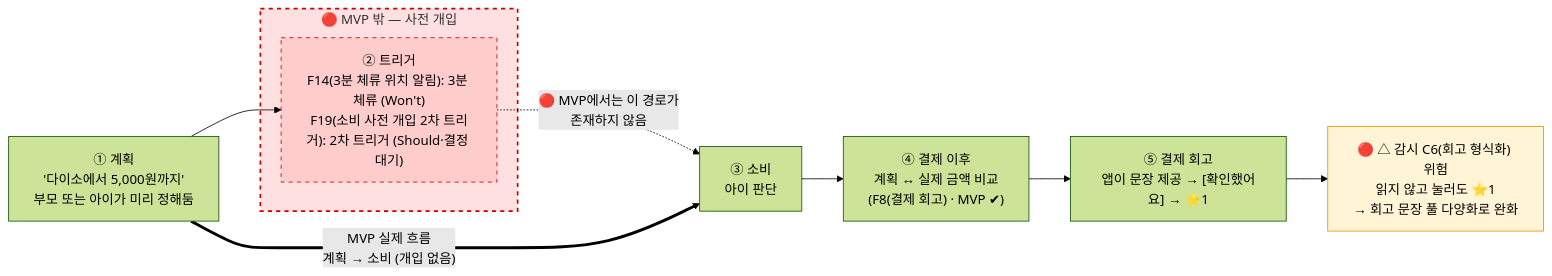
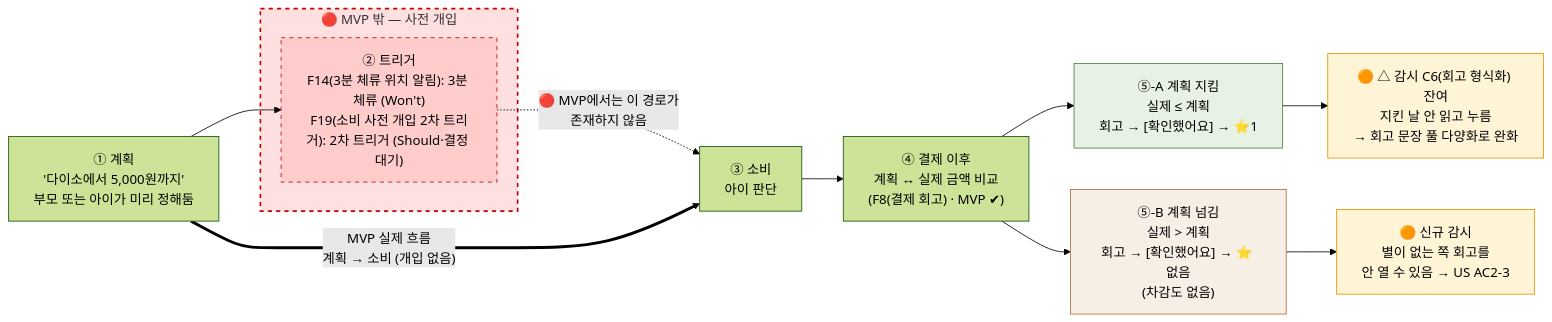
The fifth of 5 diagrams in 공용공간/9. PRD/PRD_핀프렌즈_v0_2.md (scene-one/team1_fin-friends), drawn with Mermaid (forest theme) before and after one commit. The commit also changed other lines of this file and 8 other files, not shown here.

````diff
--- a/공용공간/9. PRD/PRD_핀프렌즈_v0_2.md
+++ b/공용공간/9. PRD/PRD_핀프렌즈_v0_2.md
@@ -910,19 +913,24 @@
 ```mermaid
 flowchart LR
     S1["① 계획<br/>'다이소에서 5,000원까지'<br/>부모 또는 아이가 미리 정해둠"] --> S2
 
     subgraph GAP["🔴 MVP 밖 — 사전 개입"]
         S2["② 트리거<br/>F14(3분 체류 위치 알림): 3분 체류 (Won't)<br/>F19(소비 사전 개입 2차 트리거): 2차 트리거 (Should·결정 대기)"]
     end
 
     S2 -.->|"🔴 MVP에서는 이 경로가<br/>존재하지 않음"| S3
     S1 ==>|"MVP 실제 흐름<br/>계획 → 소비 (개입 없음)"| S3
 
     S3["③ 소비<br/>아이 판단"] --> S4["④ 결제 이후<br/>계획 ↔ 실제 금액 비교<br/>(F8(결제 회고) · MVP ✔)"]
-    S4 --> S5["⑤ 결제 회고<br/>앱이 문장 제공 → [확인했어요] → ⭐1"]
-    S5 --> RISK["🔴 △ 감시 C6(회고 형식화) 위험<br/>읽지 않고 눌러도 ⭐1<br/>→ 회고 문장 풀 다양화로 완화"]
+    S4 --> S5A["⑤-A 계획 지킴<br/>실제 ≤ 계획<br/>회고 → [확인했어요] → ⭐1"]
+    S4 --> S5B["⑤-B 계획 넘김<br/>실제 > 계획<br/>회고 → [확인했어요] → ⭐ 없음<br/>(차감도 없음)"]
+    S5A --> RISK["🟠 △ 감시 C6(회고 형식화) 잔여<br/>지킨 날 안 읽고 누름<br/>→ 회고 문장 풀 다양화로 완화"]
+    S5B --> RISK2["🟠 신규 감시<br/>별이 없는 쪽 회고를<br/>안 열 수 있음 → US AC2-3"]
 
     style GAP fill:#ffe0e0,stroke:#c00,stroke-width:2px,stroke-dasharray: 5 5
     style S2 fill:#ffcccc,stroke:#c00,stroke-dasharray: 5 5
     style RISK fill:#fff4d6,stroke:#e69500
+    style RISK2 fill:#fff4d6,stroke:#e69500
+    style S5A fill:#e8f2e4,stroke:#4F7A4A
+    style S5B fill:#f7eee6,stroke:#B36B3A
 ```
````
